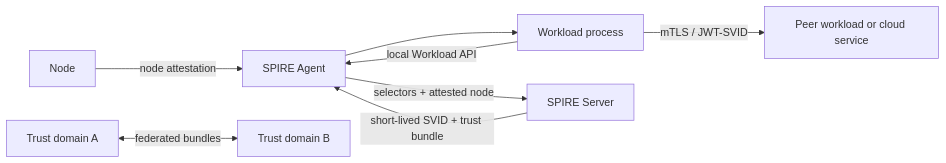
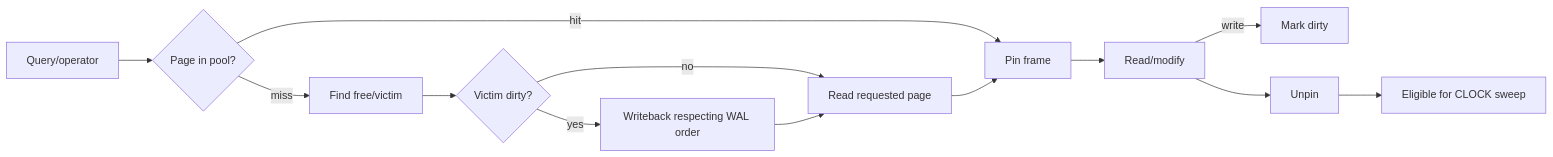
One commit to cebrailbagatarhan/software-engineering-interview-roadmap changed the second of 2 diagrams in daily/2026-09-21/22-00.md. Above: the diagram before and after it, drawn with Mermaid. The commit also changed other lines of this file, not shown here.

Commit message:
Replace duplicate 22:00 topics with runtime and buffer-pool gaps

````diff
--- a/daily/2026-09-21/22-00.md
+++ b/daily/2026-09-21/22-00.md
@@ -81,10 +82,15 @@
 ```mermaid
 flowchart LR
- N[Node] -->|node attestation| A[SPIRE Agent]
- W[Workload process] -->|local Workload API| A
- A -->|selectors + attested node| S[SPIRE Server]
- S -->|short-lived SVID + trust bundle| A
- A --> W
- W -->|mTLS / JWT-SVID| P[Peer workload or cloud service]
- T1[Trust domain A] <-->|federated bundles| T2[Trust domain B]
+ Q[Query/operator] --> L{Page in pool?}
+ L -->|hit| P[Pin frame]
+ L -->|miss| V[Find free/victim]
+ V --> C{Victim dirty?}
+ C -->|yes| W[Writeback respecting WAL order]
+ C -->|no| R[Read requested page]
+ W --> R
+ R --> P
+ P --> U[Read/modify]
+ U -->|write| D[Mark dirty]
+ U --> X[Unpin]
+ X --> B[Eligible for CLOCK sweep]
 ```
````
